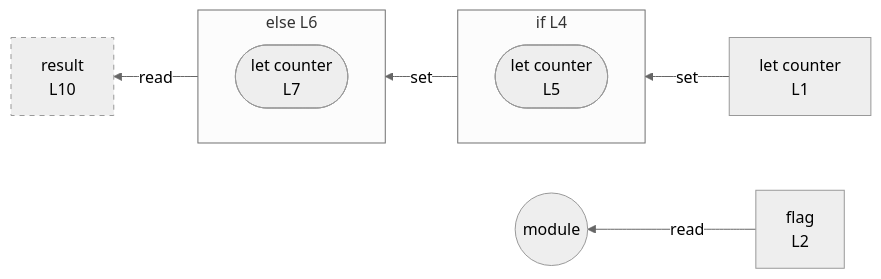
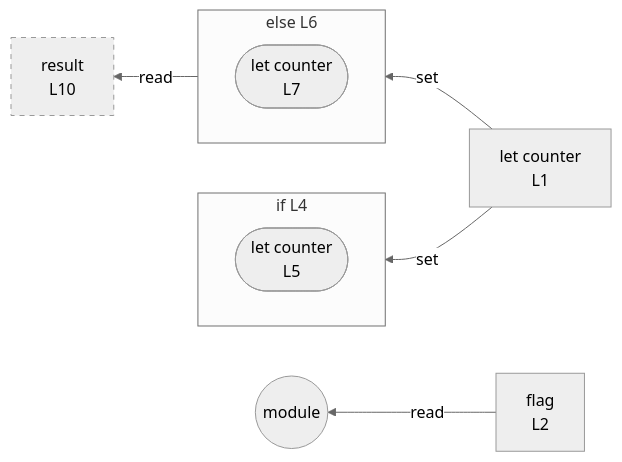
One commit to crescware/unsnarl changed the diagram in integration/fixtures/control-if/preview.md. Above: the diagram before and after it, drawn with Mermaid (neutral theme). The commit also changed 11 other files, not shown here.

````diff
--- a/integration/fixtures/control-if/preview.md
+++ b/integration/fixtures/control-if/preview.md
@@ -20,21 +20,21 @@
 ```mermaid
 flowchart RL
   n_scope_0_counter_4["let counter<br/>L1"]
   n_scope_0_flag_23["flag<br/>L2"]
   n_scope_0_result_97["result<br/>L10"]
   subgraph s_scope_1["if L4"]
     direction RL
     wr_ref_1(["let counter<br/>L5"])
   end
   subgraph s_scope_2["else L6"]
     direction RL
     wr_ref_2(["let counter<br/>L7"])
   end
   n_scope_0_counter_4 -->|set| wr_ref_1
-  wr_ref_1 -->|set| wr_ref_2
+  n_scope_0_counter_4 -->|set| wr_ref_2
   n_scope_0_flag_23 -->|read| module_root
   wr_ref_2 -->|read| n_scope_0_result_97
   module_root((module))
   classDef unused stroke-dasharray: 5 5;
   class n_scope_0_result_97 unused;
 ```
````
